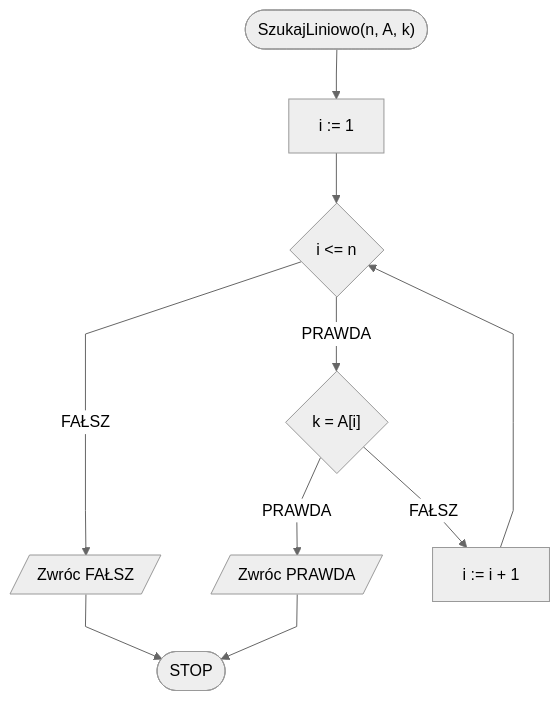
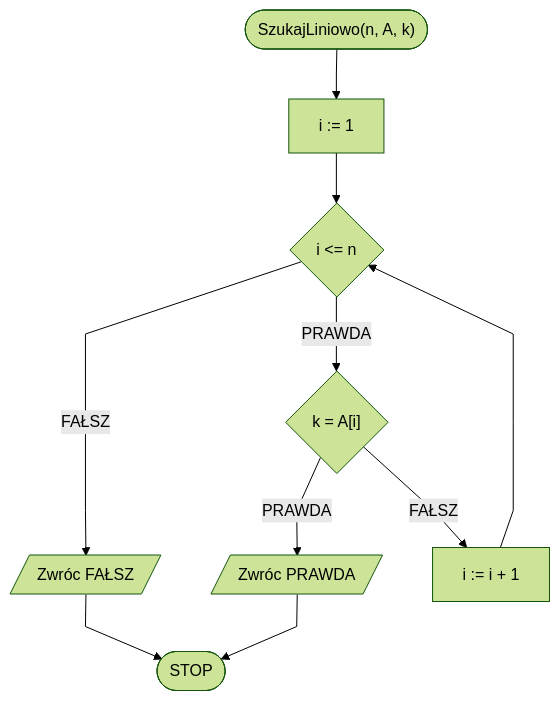
Before and after one commit to blackbat13/cs-htiew-gitbook: the first of 3 diagrams in algorithms/searching/linear-search.md, drawn with Mermaid.

````diff
--- a/algorithms/searching/linear-search.md
+++ b/algorithms/searching/linear-search.md
@@ -94,13 +94,13 @@
 ```mermaid
-%%{init: {"flowchart": {"curve": "linear"}, "theme": "neutral"} }%%
+%%{init: {"flowchart": {"curve": "linear"}, "theme": "forest"} }%%
 flowchart TD
 	START(["SzukajLiniowo(n, A, k)"]) --> B[i := 1]
 	B --> C{i <= n}
 	C -- FAŁSZ --> D[/Zwróc FAŁSZ/]
 	C -- PRAWDA --> E{"k = A[i]"}
 	E -- PRAWDA --> F[/Zwróc PRAWDA/]
 	E -- FAŁSZ --> G[i := i + 1]
 	G --> C
 	D --> STOP([STOP])
 	F --> STOP
 ```
````
